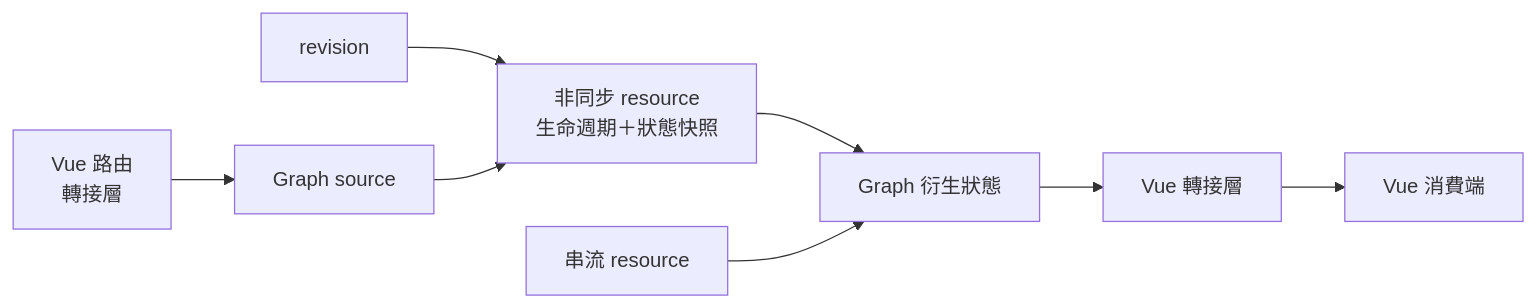
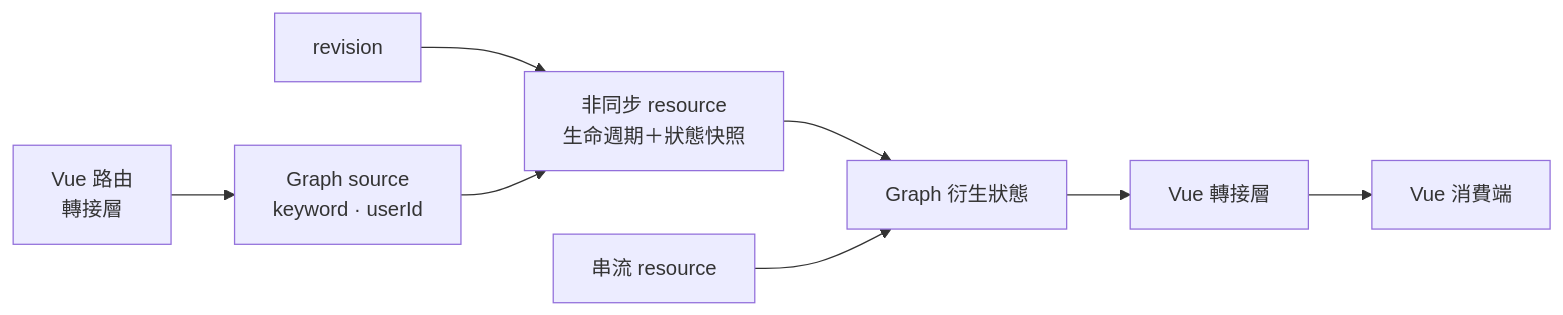
One commit to Luciano0322/v-tw-talk-2026 changed the first of 2 diagrams in pages/50-signal-kernel.md. Above: the diagram before and after it, drawn with Mermaid. The commit also changed other lines of this file and 4 other files, not shown here.

````diff
--- a/pages/50-signal-kernel.md
+++ b/pages/50-signal-kernel.md
@@ -38,10 +38,10 @@
 ```mermaid
 flowchart LR
-  VueInput["Vue 路由<br/>轉接層"] --> Source["Graph source"]
+  VueInput["Vue 路由<br/>轉接層"] --> Source["Graph source<br/>keyword · userId"]
   Revision["revision"] --> Resource
   Source --> Resource["非同步 resource<br/>生命週期＋狀態快照"]
   Resource --> Derived["Graph 衍生狀態"]
   Stream["串流 resource"] --> Derived
   Derived --> Adapter["Vue 轉接層"]
   Adapter --> Consumer["Vue 消費端"]
 ```
````
